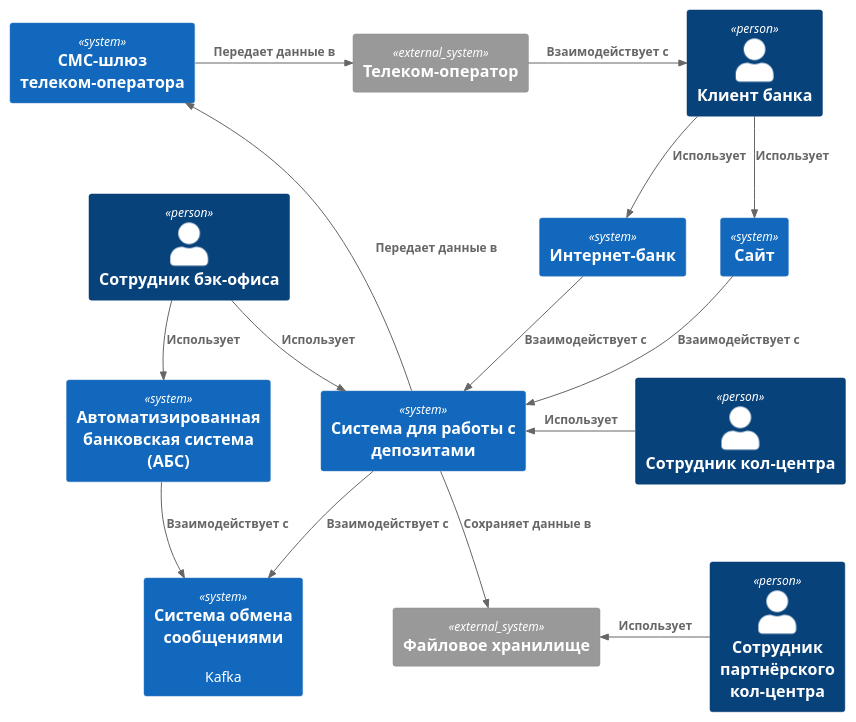
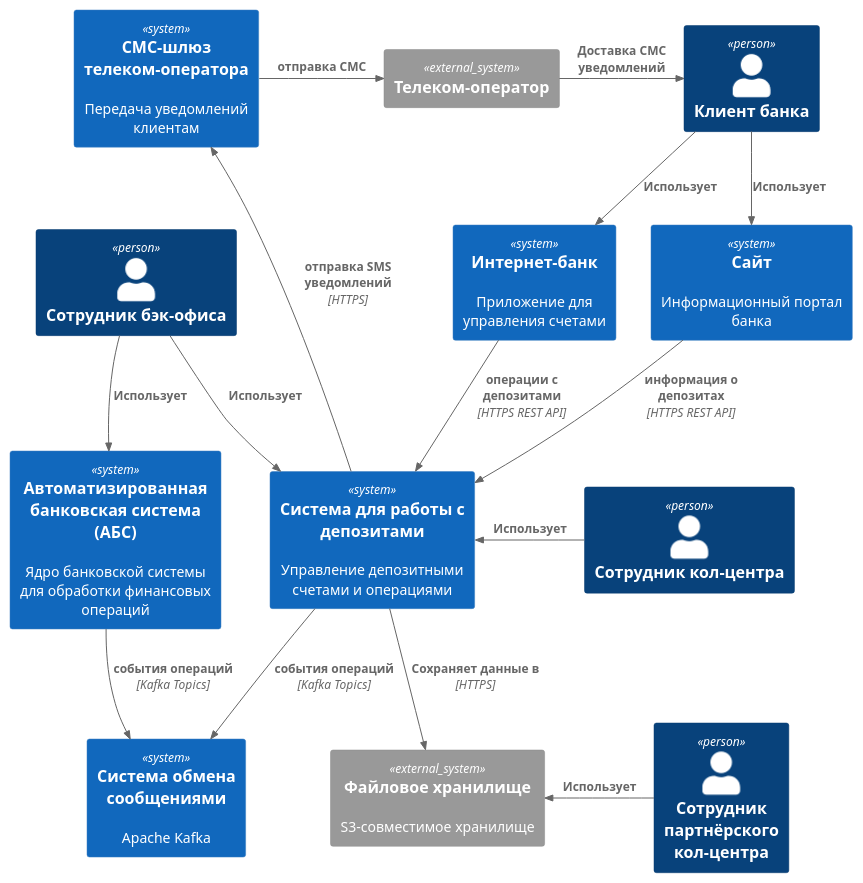
The diagram in Task4/Context.puml (vsevolod-nikitin/yandex-practicum-architecture-pro-standart), drawn with PlantUML before and after one commit. The commit also changed 7 other files, not shown here.

Commit message:
Обновление схем 3 и 4 заданий.

```diff
--- a/Task4/Context.puml
+++ b/Task4/Context.puml
@@ -1,39 +1,40 @@
 @startuml Context
 !include https://raw.githubusercontent.com/plantuml-stdlib/C4-PlantUML/master/C4_Context.puml
 
 Person(client, "Клиент банка")
 Person(backEmployee, "Сотрудник бэк-офиса")
 Person(callerEmployee, "Сотрудник кол-центра")
 Person(externalPartnerEmployee, "Сотрудник партнёрского кол-центра")
 
-System(website, "Сайт")
-System(internetBank, "Интернет-банк")
-System(depositSystem, "Система для работы с депозитами")
-System(abs, "Автоматизированная банковская система (АБС)")
-System(smsGateway, "СМС-шлюз телеком-оператора")
-System(messageBroker, "Система обмена сообщениями", "Kafka")
-System_Ext(fileArchive, "Файловое хранилище")
+System(website, "Сайт", "Информационный портал банка")
+System(internetBank, "Интернет-банк", "Приложение для управления счетами")
+System(depositSystem, "Система для работы с депозитами", "Управление депозитными счетами и операциями")
+System(abs, "Автоматизированная банковская система (АБС)", "Ядро банковской системы для обработки финансовых операций")
+System(smsGateway, "СМС-шлюз телеком-оператора", "Передача уведомлений клиентам")
+System(messageBroker, "Система обмена сообщениями", "Apache Kafka")
+System_Ext(fileArchive, "Файловое хранилище", "S3-совместимое хранилище")
 
 System_Ext(telecomOperator, "Телеком-оператор")
 
 Rel(client, internetBank, "Использует")
 Rel(client, website, "Использует")
 
 Rel(backEmployee, depositSystem, "Использует")
 Rel(backEmployee, abs, "Использует")
 Rel_L(callerEmployee, depositSystem, "Использует")
-Rel(internetBank, depositSystem, "Взаимодействует с")
-Rel(website, depositSystem, "Взаимодействует с")
 
-Rel_L(depositSystem, smsGateway, "Передает данные в")
-Rel(depositSystem, messageBroker, "Взаимодействует с")
-Rel(abs, messageBroker, "Взаимодействует с")
-Rel(depositSystem, fileArchive, "Сохраняет данные в")
+Rel(internetBank, depositSystem, "операции с депозитами", "HTTPS REST API")
+Rel(website, depositSystem, "информация о депозитах", "HTTPS REST API")
 
-Rel_R(smsGateway, telecomOperator, "Передает данные в")
-Rel_R(telecomOperator, client, "Взаимодействует с")
+Rel_L(depositSystem, smsGateway, "отправка SMS уведомлений", "HTTPS")
+Rel(depositSystem, messageBroker, "события операций", "Kafka Topics")
+Rel(abs, messageBroker, "события операций", "Kafka Topics")
+Rel(depositSystem, fileArchive, "Сохраняет данные в", "HTTPS")
+
+Rel_R(smsGateway, telecomOperator, "отправка СМС")
+Rel_R(telecomOperator, client, "Доставка СМС уведомлений")
 Rel_L(externalPartnerEmployee, fileArchive, "Использует")
 
 LAYOUT_TOP_DOWN()
 
 @enduml
```
